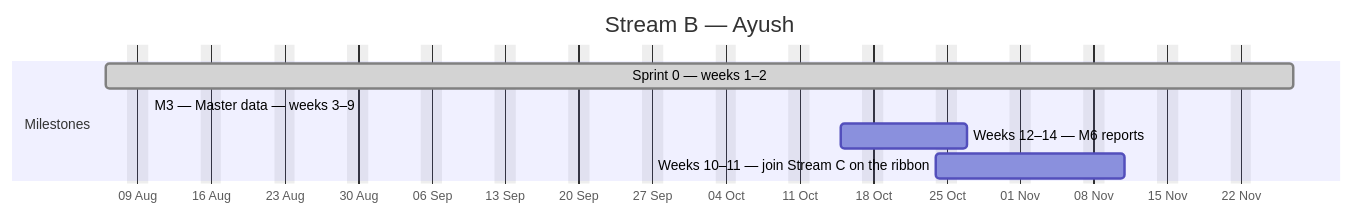
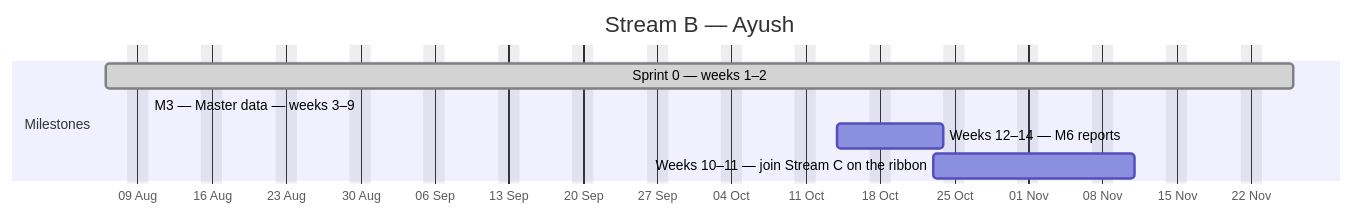
One commit to debashisedunext/EduTrack changed the second of 4 diagrams in docs/plan/GANTT.md. Above: the diagram before and after it, drawn with Mermaid. The commit also changed other lines of this file and 3 other files, not shown here.

````diff
--- a/docs/plan/GANTT.md
+++ b/docs/plan/GANTT.md
@@ -138,12 +146,12 @@
 ```mermaid
 gantt
     dateFormat YYYY-MM-DD
     axisFormat %d %b
     title Stream B — Ayush
     excludes weekends
     section Milestones
-    Sprint 0 — weeks 1–2 :done, b0, 2026-08-06, 81d
+    Sprint 0 — weeks 1–2 :done, b0, 2026-08-06, 80d
     M3 — Master data — weeks 3–9 :active, b1, 2026-08-10, -14d
-    Weeks 12–14 — M6 reports :b2, 2026-10-15, 8d
-    Weeks 10–11 — join Stream C on the ribbon :b3, 2026-10-24, 13d
+    Weeks 12–14 — M6 reports :b2, 2026-10-14, 8d
+    Weeks 10–11 — join Stream C on the ribbon :b3, 2026-10-23, 13d
 ```
````
